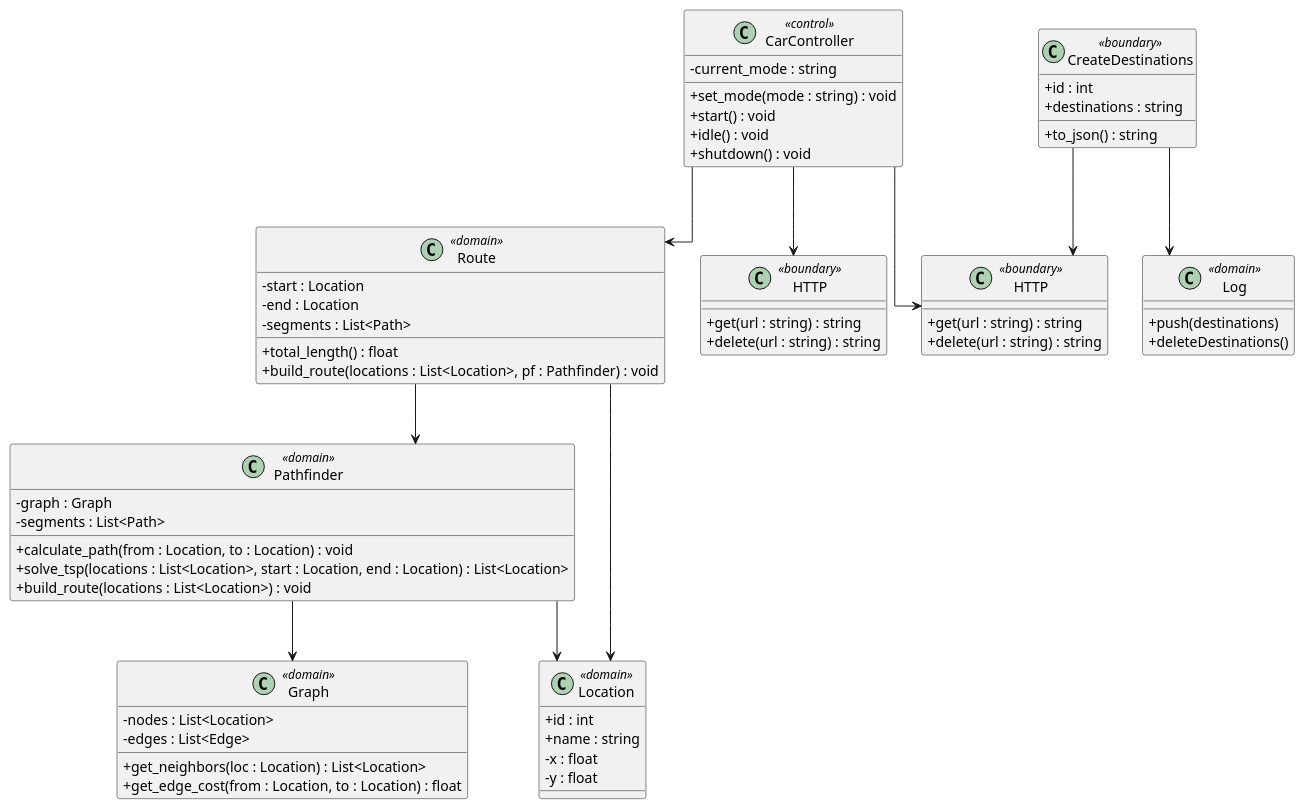
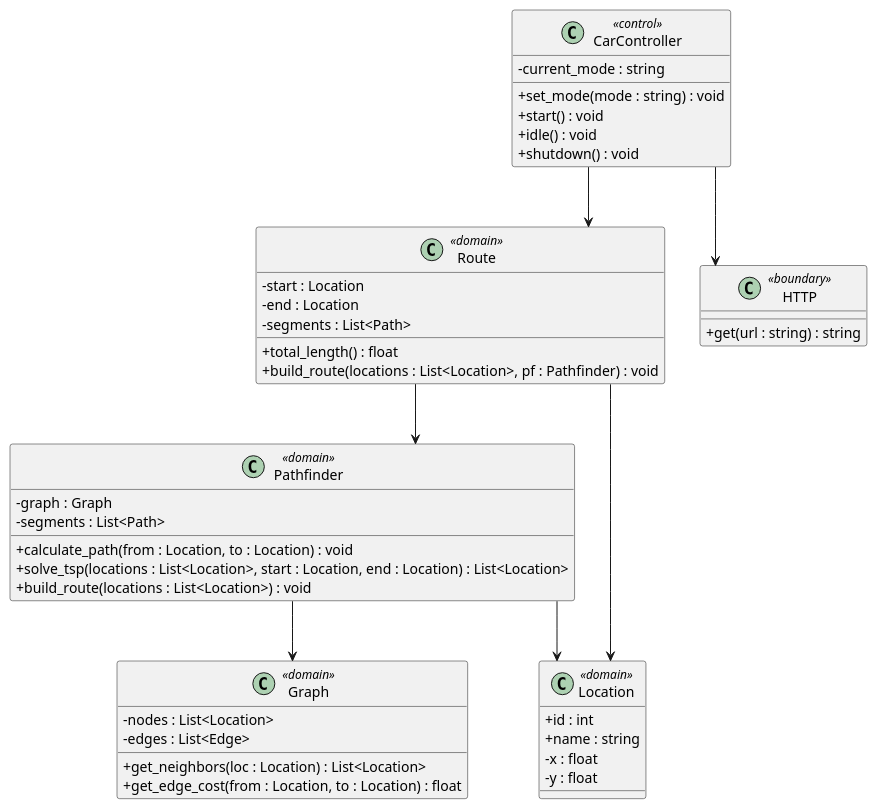
Before and after one commit to lineklemensen/PRJ3: the diagram in docs/diagrams/Plantuml/apModel/uc3cd.puml, drawn with PlantUML.

Commit message:
use case 3 cd removing server side

```diff
--- a/docs/diagrams/Plantuml/apModel/uc3cd.puml
+++ b/docs/diagrams/Plantuml/apModel/uc3cd.puml
@@ -1,92 +1,69 @@
 @startuml UC3Classes
 
 skinparam {
     packageStyle rectangle
     Linetype ortho
     ClassAttributeIconSize 0
 }
 
 '----------------------------
 ' CAR SIDE
 '----------------------------
 
 class "CarController" as cc <<control>> {
     -current_mode : string
     +set_mode(mode : string) : void
     +start() : void
     +idle() : void
     +shutdown() : void
 }
 
 class "Route" as r <<domain>> {
     -start : Location
     -end : Location
     -segments : List<Path>
     +total_length() : float
     +build_route(locations : List<Location>, pf : Pathfinder) : void
 }
 
 class "Pathfinder" as pf <<domain>> {
     -graph : Graph
     -segments : List<Path>
     +calculate_path(from : Location, to : Location) : void
     +solve_tsp(locations : List<Location>, start : Location, end : Location) : List<Location>
     +build_route(locations : List<Location>) : void
 }
 
 class "Graph" as g <<domain>> {
     -nodes : List<Location>
     -edges : List<Edge>
     +get_neighbors(loc : Location) : List<Location>
     +get_edge_cost(from : Location, to : Location) : float
 }
 
 class "Location" as l <<domain>> {
     +id : int
     +name : string
     -x : float
     -y : float
 }
 
 class "HTTP" as car_http <<boundary>> {
     +get(url : string) : string
-    +delete(url : string) : string
 }
 
-'----------------------------
-' SERVER SIDE
-'----------------------------
-
-class "CreateDestinations" as cd <<boundary>> {
-    +id : int
-    +destinations : string
-    +to_json() : string
-}
-
-class "Log" as log <<domain>> {
-    +push(destinations)
-    +deleteDestinations()
-}
-
-class "HTTP" as s_http <<boundary>> {
-    +get(url : string) : string
-    +delete(url : string) : string
-}
 
 '----------------------------
 ' RELATIONSHIPS
 '----------------------------
 
 cc --> r
 r --> pf
 pf --> g
 r --> l
 pf --> l
 cc --> car_http
 
-cd --> log
-cd --> s_http
 
-cc --> s_http
 
 @enduml
```
